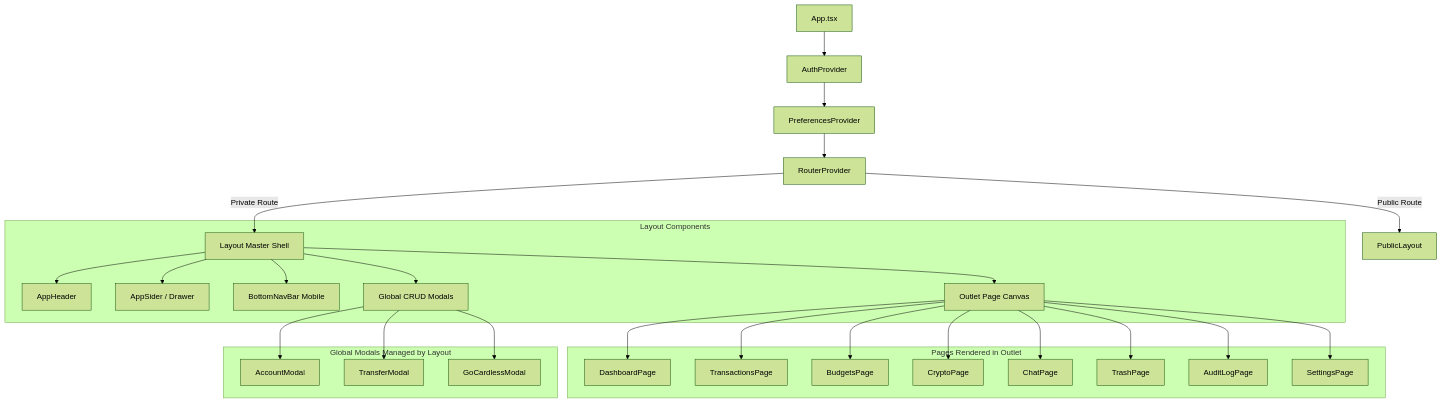
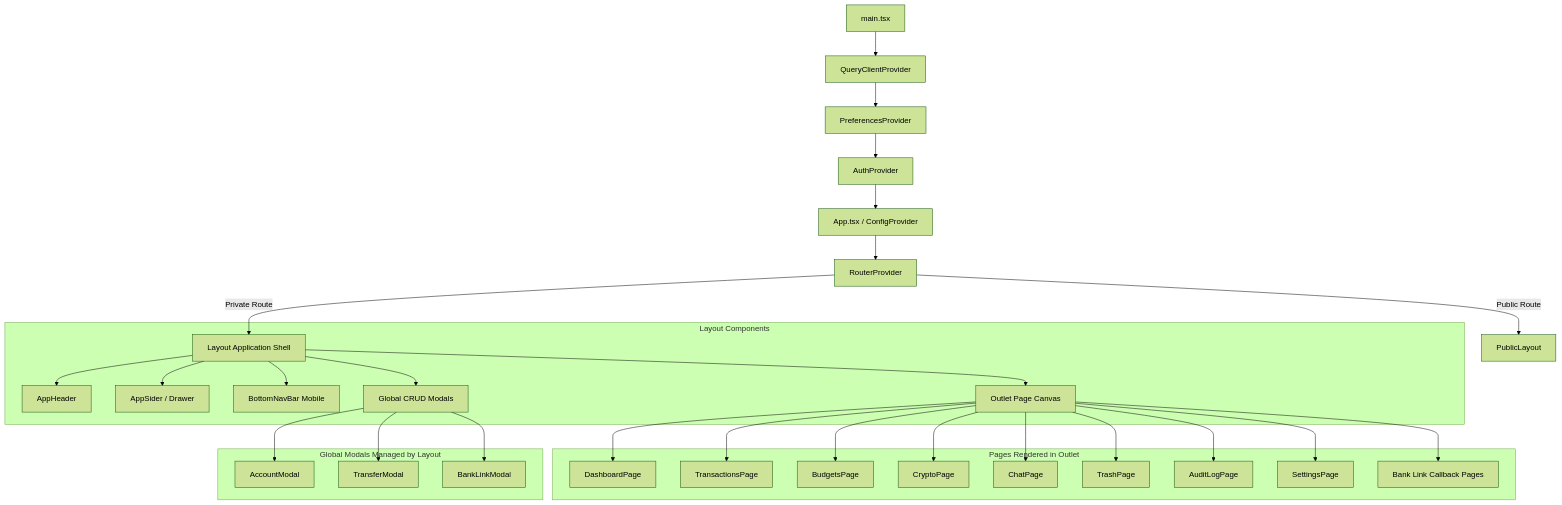
One commit to nico-iaco/nexabudget-fe changed the second of 2 diagrams in docs/architecture.md. Above: the diagram before and after it, drawn with Mermaid (forest theme). The commit also changed other lines of this file and 25 other files, not shown here.

````diff
--- a/docs/architecture.md
+++ b/docs/architecture.md
@@ -77,34 +129,37 @@
 ```mermaid
 flowchart TD
-    App["App.tsx"] --> Auth["AuthProvider"]
-    Auth --> Pref["PreferencesProvider"]
-    Pref --> Router["RouterProvider"]
+    Main["main.tsx"] --> QC["QueryClientProvider"]
+    QC --> Pref["PreferencesProvider"]
+    Pref --> Auth["AuthProvider"]
+    Auth --> App["App.tsx / ConfigProvider"]
+    App --> Router["RouterProvider"]
     Router -->|Public Route| PublicLayout["PublicLayout"]
     Router -->|Private Route| Layout
-    
+
     subgraph LayoutComponents["Layout Components"]
-        Layout["Layout Master Shell"]
+        Layout["Layout Application Shell"]
         Layout --> AppHeader["AppHeader"]
         Layout --> AppSider["AppSider / Drawer"]
         Layout --> BottomNavBar["BottomNavBar Mobile"]
         Layout --> Outlet["Outlet Page Canvas"]
         Layout --> GlobalModals["Global CRUD Modals"]
     end
 
     subgraph PagesRendered["Pages Rendered in Outlet"]
         Outlet --> DashboardPage["DashboardPage"]
         Outlet --> TransactionsPage["TransactionsPage"]
         Outlet --> BudgetsPage["BudgetsPage"]
         Outlet --> CryptoPage["CryptoPage"]
         Outlet --> ChatPage["ChatPage"]
         Outlet --> TrashPage["TrashPage"]
         Outlet --> AuditLogPage["AuditLogPage"]
         Outlet --> SettingsPage["SettingsPage"]
+        Outlet --> Callbacks["Bank Link Callback Pages"]
     end
-    
+
     subgraph GlobalModalsManaged["Global Modals Managed by Layout"]
         GlobalModals --> AccountModal["AccountModal"]
         GlobalModals --> TransferModal["TransferModal"]
-        GlobalModals --> GoCardlessModal["GoCardlessModal"]
+        GlobalModals --> BankLinkModal["BankLinkModal"]
     end
 ```
````
